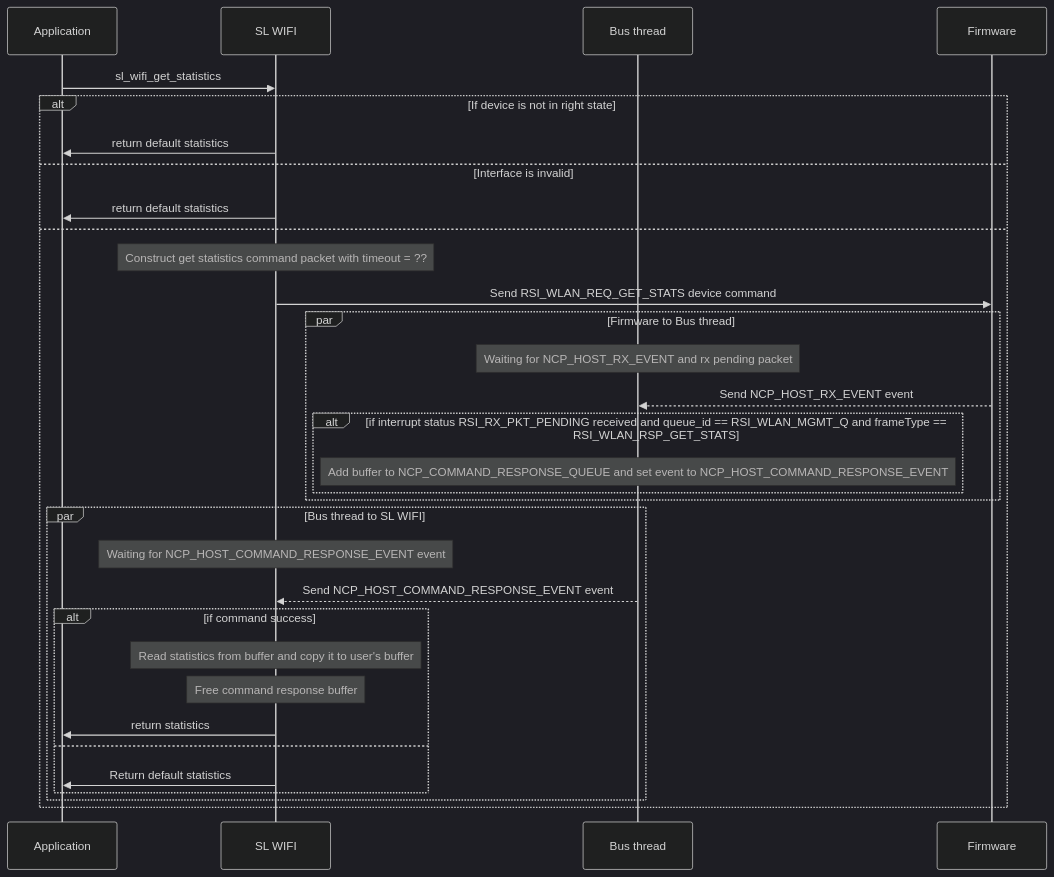
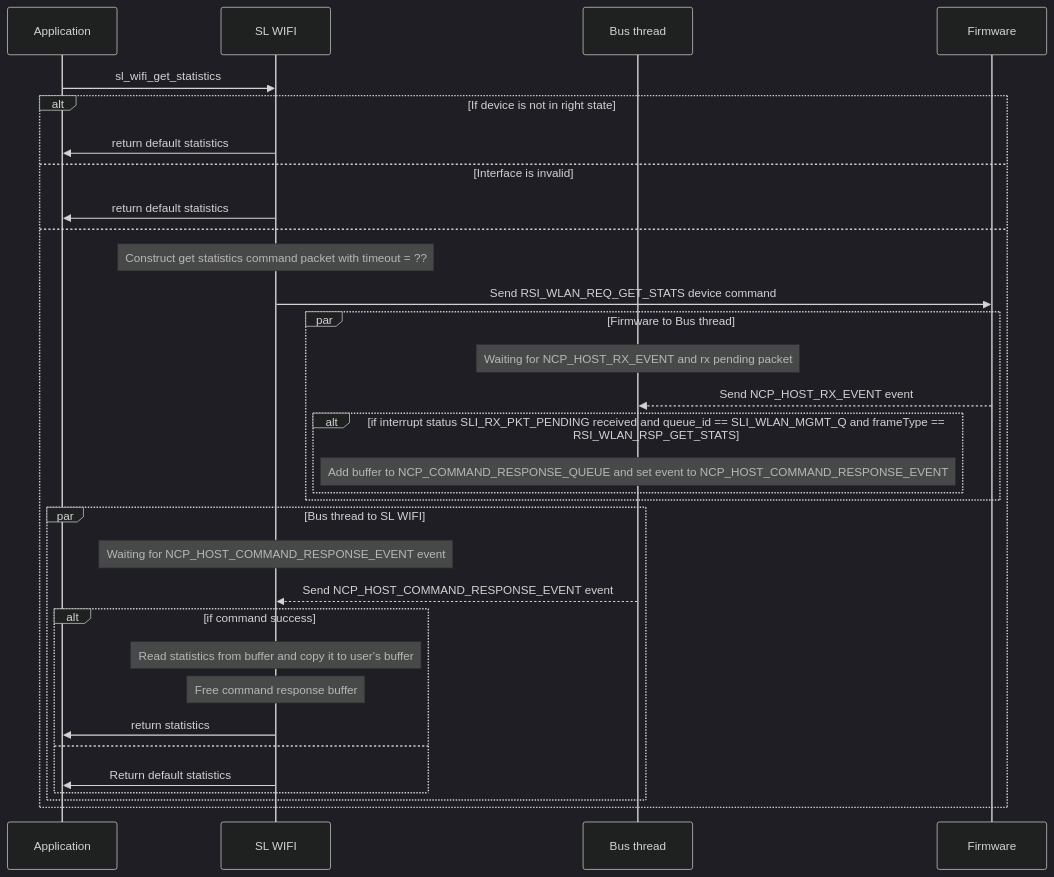
One commit to SiliconLabs/wiseconnect changed the seventh of 11 diagrams in components/protocol/wifi/readme.md. Above: the diagram before and after it, drawn with Mermaid (dark theme). The commit also changed other lines of this file and 4347 other files, not shown here.

````diff
--- a/components/protocol/wifi/readme.md
+++ b/components/protocol/wifi/readme.md
@@ -479,40 +479,40 @@
 ```mermaid
  sequenceDiagram 
      #sl_wifi_statistics_t sl_wifi_get_statistics(sl_wifi_interface_t interface);
   participant app as Application
   participant wifi as SL WIFI
   participant bus as Bus thread  
   participant fw as Firmware
 
         
   app ->> wifi: sl_wifi_get_statistics
 
   alt  If device is not in right state
    wifi ->> app: return default statistics
   else Interface is invalid
    wifi ->> app: return default statistics
   else
    Note over wifi: Construct get statistics command packet with timeout = ?? 
    wifi ->> fw:Send RSI_WLAN_REQ_GET_STATS device command
 
             par Firmware to Bus thread
                 Note over bus: Waiting for NCP_HOST_RX_EVENT and rx pending packet
                 fw -->> bus: Send NCP_HOST_RX_EVENT event
-                alt if interrupt status RSI_RX_PKT_PENDING received and queue_id == RSI_WLAN_MGMT_Q and frameType == RSI_WLAN_RSP_GET_STATS
+                alt if interrupt status SLI_RX_PKT_PENDING received and queue_id == SLI_WLAN_MGMT_Q and frameType == RSI_WLAN_RSP_GET_STATS
                     Note over bus: Add buffer to NCP_COMMAND_RESPONSE_QUEUE and set event to NCP_HOST_COMMAND_RESPONSE_EVENT
                 end
             end
 
    par Bus thread to SL WIFI
     Note over wifi: Waiting for NCP_HOST_COMMAND_RESPONSE_EVENT event
     bus -->> wifi: Send NCP_HOST_COMMAND_RESPONSE_EVENT event
     alt if command success
      Note over wifi: Read statistics from buffer and copy it to user's buffer
      Note over wifi: Free command response buffer
      wifi ->> app: return statistics
     else 
      wifi ->> app: Return default statistics
     end
    end
   end
 ```
````
